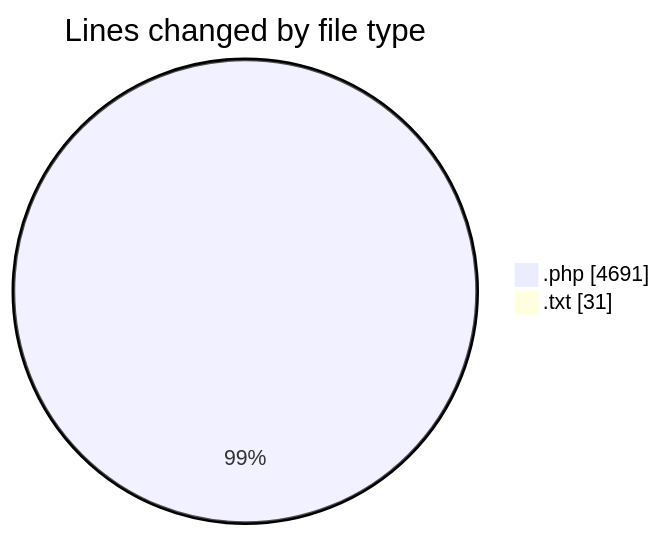
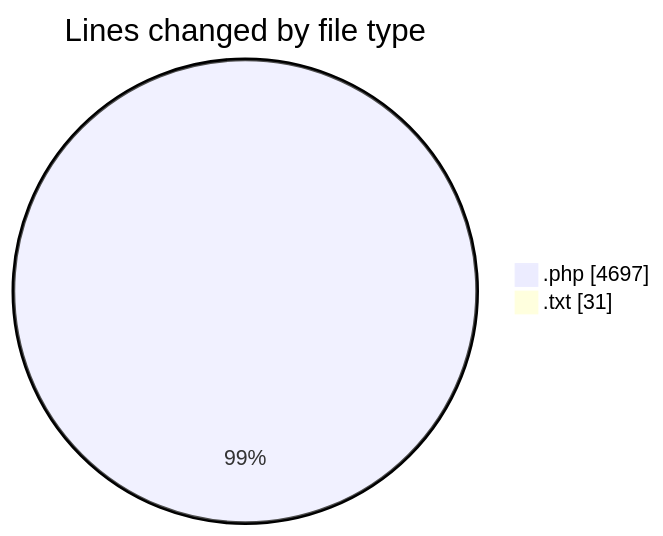
The first of 2 diagrams in 2025-10-17/untitled__workspace_/README.md (debugP/code-tracking), drawn with Mermaid before and after one commit. The commit also changed other lines of this file and 1 other file, not shown here.

````diff
--- a/2025-10-17/untitled__workspace_/README.md
+++ b/2025-10-17/untitled__workspace_/README.md
@@ -23,6 +23,6 @@
 ```mermaid
 pie showData
 title Lines changed by file type
-".php" : 4691
+".php" : 4697
 ".txt" : 31
 ```
````
